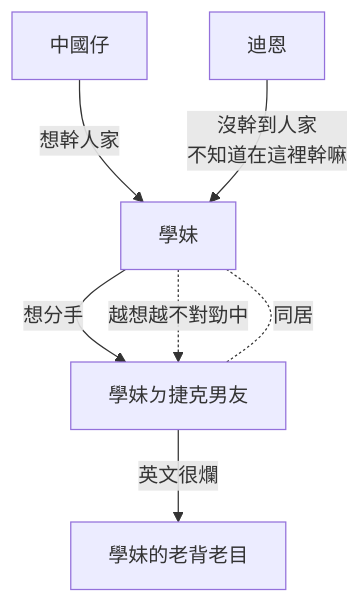
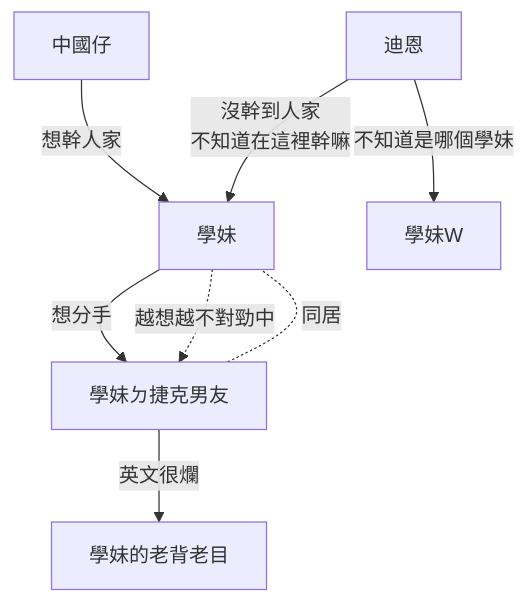
One commit to piloteric/Deon_relationship_chart changed the diagram in your_circle_is_mess.md. Above: the diagram before and after it, drawn with Mermaid.

Commit message:
20240911 update

````diff
--- a/your_circle_is_mess.md
+++ b/your_circle_is_mess.md
@@ -2,18 +2,20 @@
 ```mermaid
 
 graph
     
     Deon[迪恩]
     Sis[學妹]
     SisBF[學妹ㄉ捷克男友]
     SisPR[學妹的老背老目]
     CNdude[中國仔]
+    W[學妹W]
     
     Sis -- 想分手 --> SisBF
     Sis -. 越想越不對勁中 .-> SisBF
     SisBF -. 同居 .- Sis
     SisBF -- 英文很爛 --> SisPR
     CNdude -- 想幹人家 --> Sis
     Deon --沒幹到人家 <br>不知道在這裡幹嘛--> Sis
+    Deon --不知道是哪個學妹-->W
 
 ```
````
